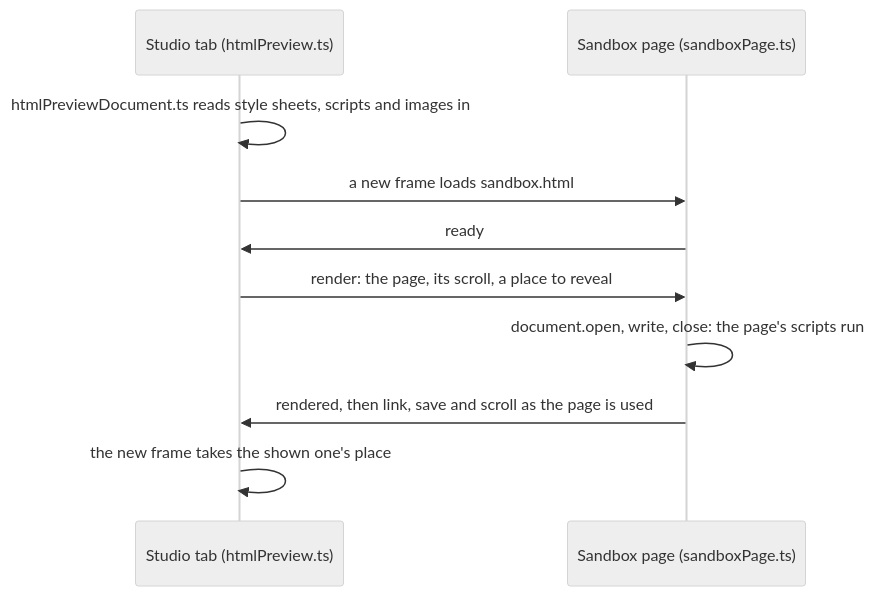
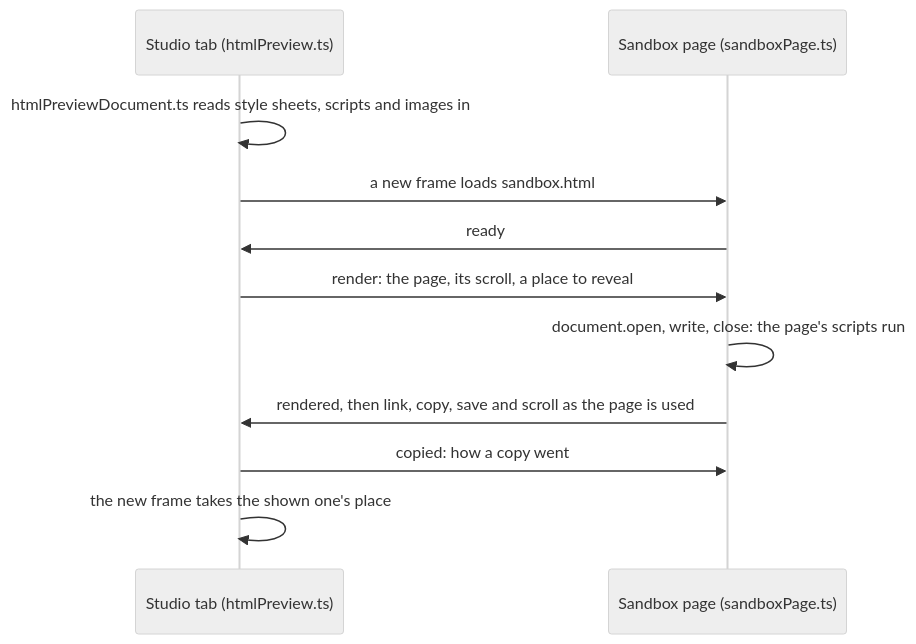
One commit to efthymios-ks/nib-studio-chrome-extension changed the third of 3 diagrams in docs/Overview.md. Above: the diagram before and after it, drawn with Mermaid (neutral theme). The commit also changed other lines of this file and 39 other files, not shown here.

````diff
--- a/docs/Overview.md
+++ b/docs/Overview.md
@@ -306,12 +307,13 @@
 ```mermaid
 sequenceDiagram
     participant Studio as Studio tab (htmlPreview.ts)
     participant Sandbox as Sandbox page (sandboxPage.ts)
     Studio->>Studio: htmlPreviewDocument.ts reads style sheets, scripts and images in
     Studio->>Sandbox: a new frame loads sandbox.html
     Sandbox->>Studio: ready
     Studio->>Sandbox: render: the page, its scroll, a place to reveal
     Sandbox->>Sandbox: document.open, write, close: the page's scripts run
-    Sandbox->>Studio: rendered, then link, save and scroll as the page is used
+    Sandbox->>Studio: rendered, then link, copy, save and scroll as the page is used
+    Studio->>Sandbox: copied: how a copy went
     Studio->>Studio: the new frame takes the shown one's place
 ```
````
